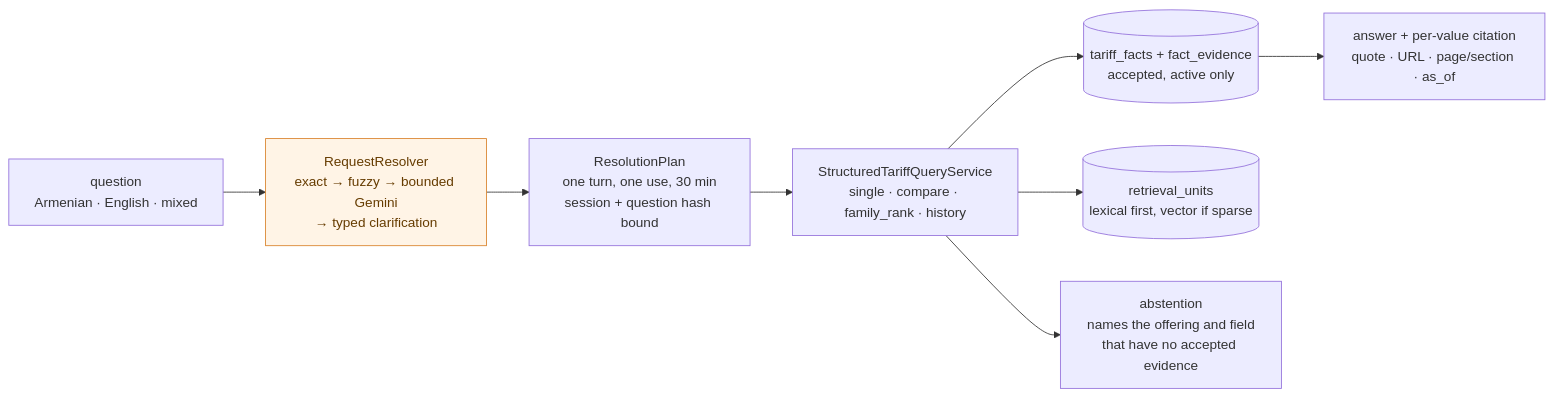
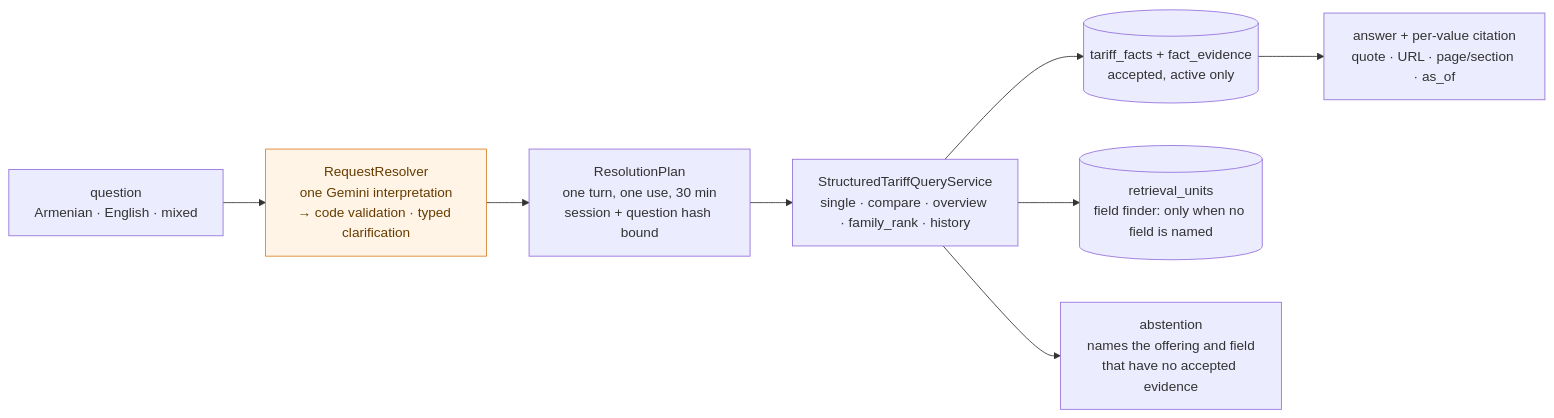
One commit to celineFar/bank-tariff-monitoring-agent changed the fourth of 4 diagrams in docs/architecture-diagram.md. Above: the diagram before and after it, drawn with Mermaid. The commit also changed other lines of this file and 13 other files, not shown here.

````diff
--- a/docs/architecture-diagram.md
+++ b/docs/architecture-diagram.md
@@ -201,20 +201,20 @@
 ```mermaid
 flowchart LR
     Q["question<br/>Armenian · English · mixed"]
-    R["RequestResolver<br/>exact → fuzzy → bounded Gemini<br/>→ typed clarification"]
+    R["RequestResolver<br/>one Gemini interpretation<br/>→ code validation · typed clarification"]
     P["ResolutionPlan<br/>one turn, one use, 30 min<br/>session + question hash bound"]
-    SVC["StructuredTariffQueryService<br/>single · compare · family_rank · history"]
+    SVC["StructuredTariffQueryService<br/>single · compare · overview · family_rank · history"]
     F[("tariff_facts + fact_evidence<br/>accepted, active only")]
-    U[("retrieval_units<br/>lexical first, vector if sparse")]
+    U[("retrieval_units<br/>field finder: only when no field is named")]
     ANSWER["answer + per-value citation<br/>quote · URL · page/section · as_of"]
     ABSTAIN["abstention<br/>names the offering and field<br/>that have no accepted evidence"]
 
     Q --> R --> P --> SVC
     SVC --> F
     SVC --> U
     F --> ANSWER
     SVC --> ABSTAIN
 
     classDef modelBox fill:#fff4e6,stroke:#d9822b,color:#663c00
     class R modelBox
 ```
````
